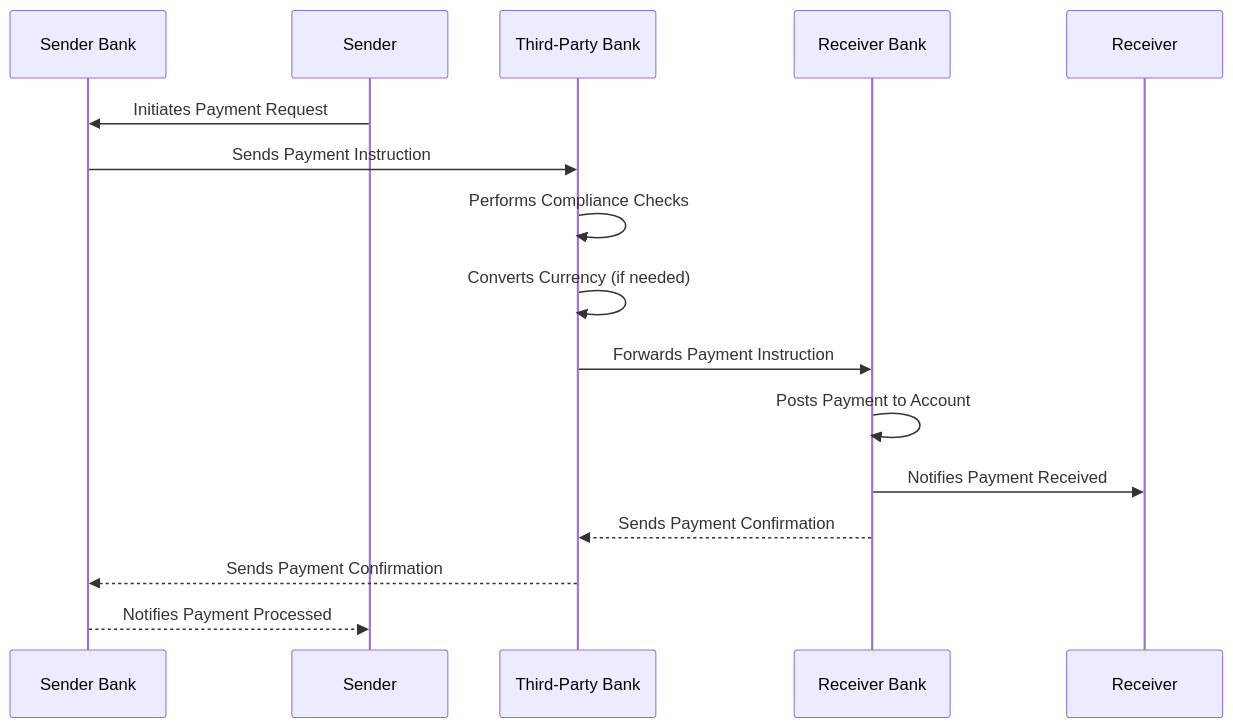
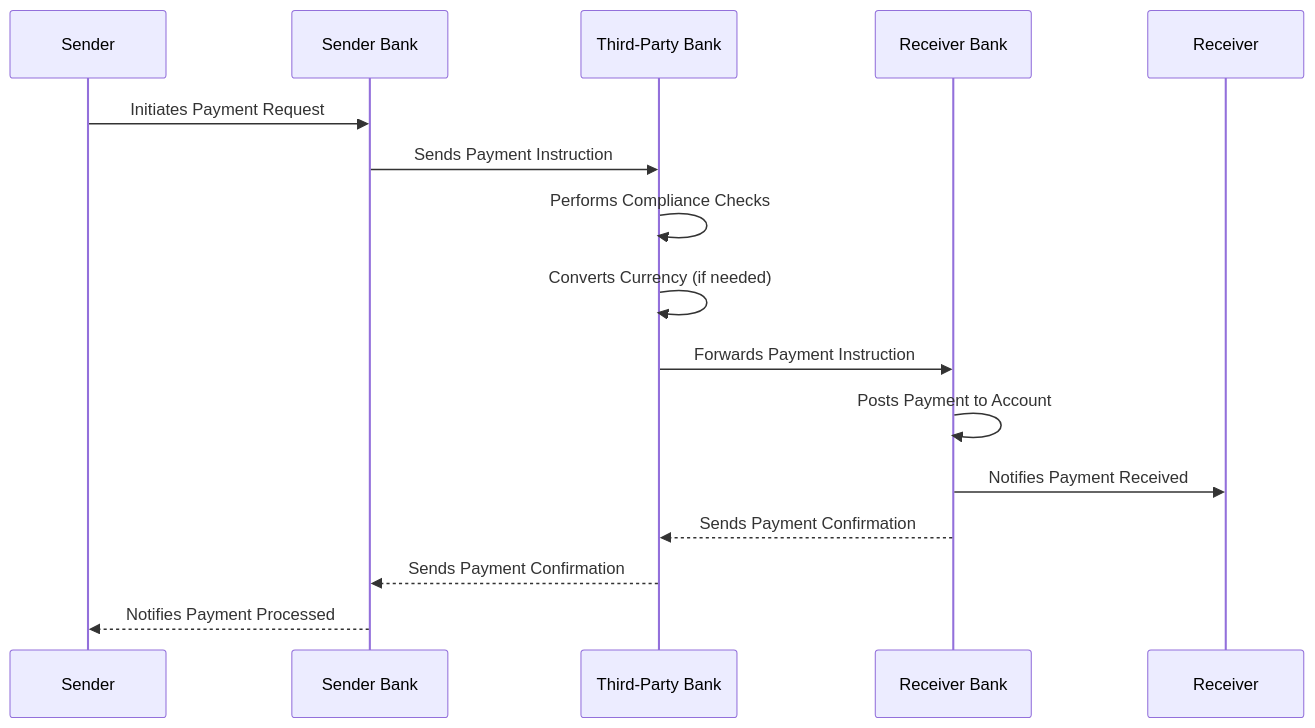
The diagram in payment/cross-border-3p-diagram.md (paranthaman-rajendran/domain), drawn with Mermaid before and after one commit. The commit also changed other lines of this file, not shown here.

````diff
--- a/payment/cross-border-3p-diagram.md
+++ b/payment/cross-border-3p-diagram.md
@@ -1,19 +1,19 @@
 ```mermaid
 sequenceDiagram
+    participant Sender
     participant SenderBank as Sender Bank
-    participant Sender
     participant ThirdPartyBank as Third-Party Bank
     participant ReceiverBank as Receiver Bank
     participant Receiver
 
     Sender->>SenderBank: Initiates Payment Request
     SenderBank->>ThirdPartyBank: Sends Payment Instruction
     ThirdPartyBank->>ThirdPartyBank: Performs Compliance Checks
     ThirdPartyBank->>ThirdPartyBank: Converts Currency (if needed)
     ThirdPartyBank->>ReceiverBank: Forwards Payment Instruction
     ReceiverBank->>ReceiverBank: Posts Payment to Account
     ReceiverBank->>Receiver: Notifies Payment Received
     ReceiverBank-->>ThirdPartyBank: Sends Payment Confirmation
     ThirdPartyBank-->>SenderBank: Sends Payment Confirmation
     SenderBank-->>Sender: Notifies Payment Processed
 ```
````
